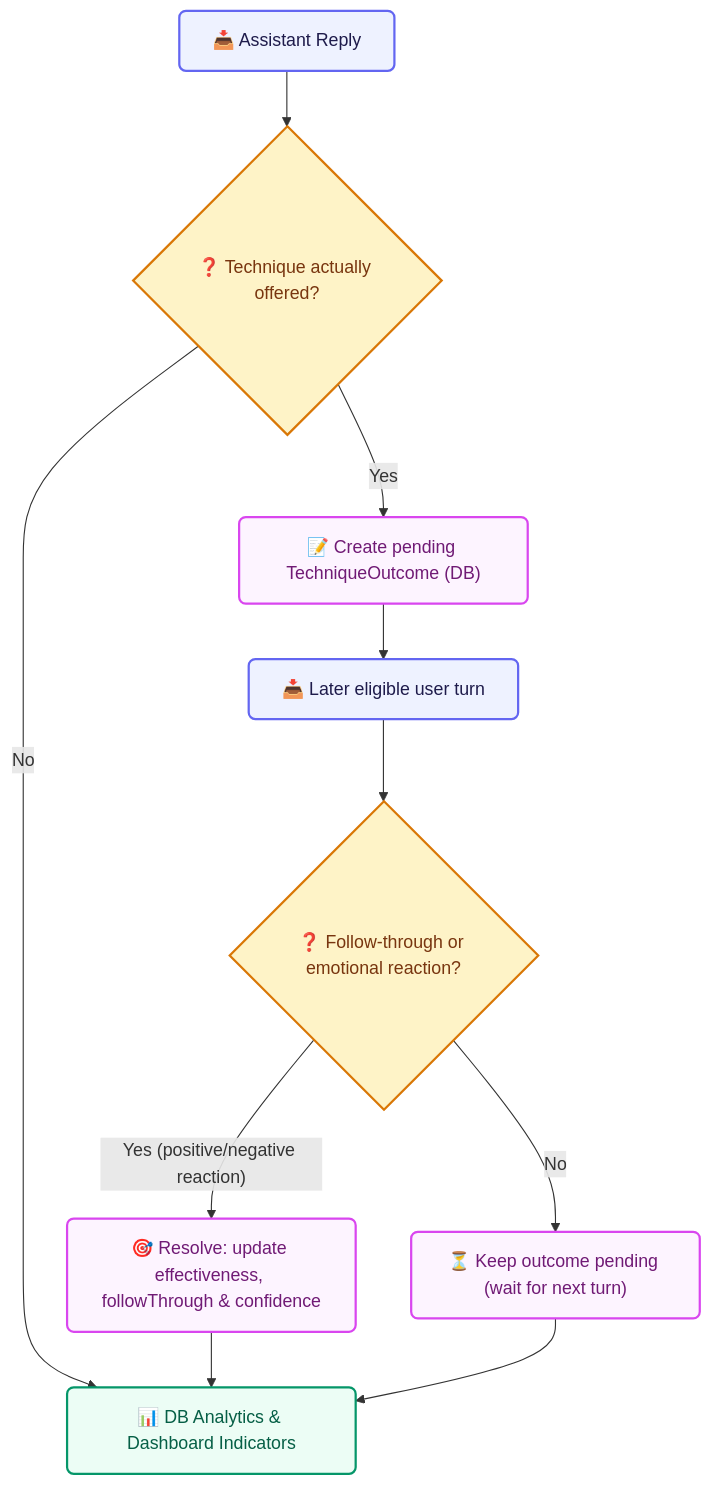
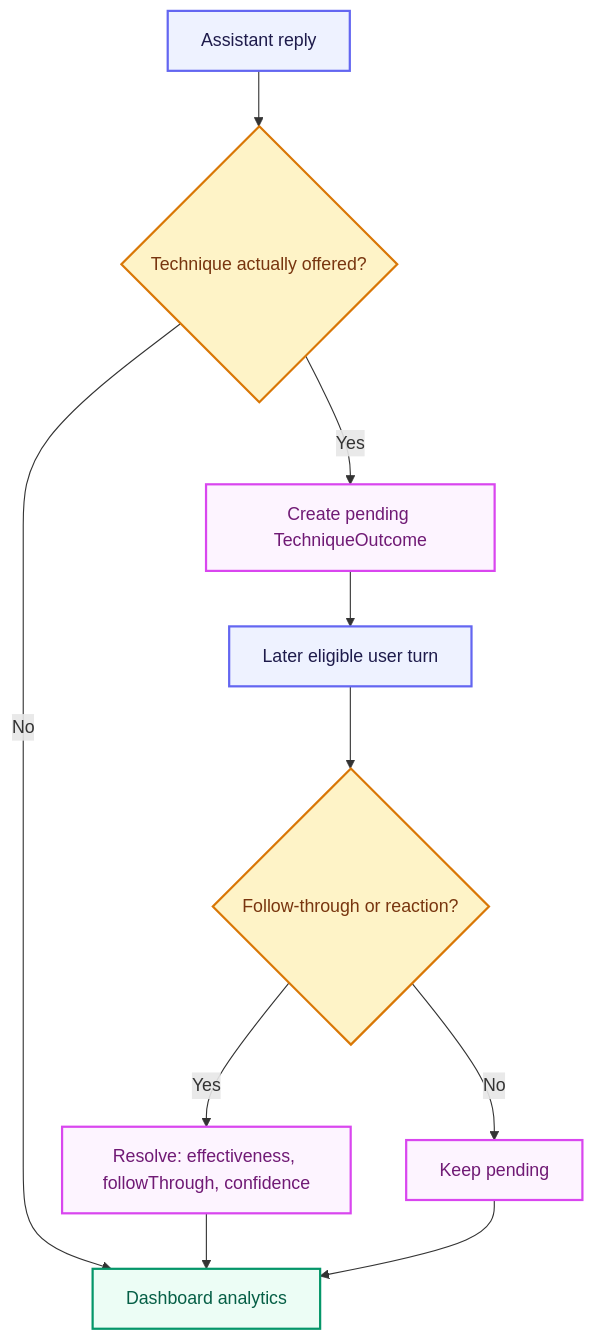
The tenth of 18 diagrams in README.md (taha-mehmood-03/Personlaized-Trainer-Using-Agentic-AI), drawn with Mermaid before and after one commit. The commit also changed other lines of this file and 36 other files, not shown here.

````diff
--- a/README.md
+++ b/README.md
@@ -936,27 +801,22 @@
 ```mermaid
 flowchart TD
-    %% Class Definitions
-    classDef input fill:#EEF2FF,stroke:#6366F1,stroke-width:2px,color:#1E1B4B,rx:6px,ry:6px;
-    classDef decision fill:#FEF3C7,stroke:#D97706,stroke-width:2px,color:#78350F;
-    classDef node fill:#FDF4FF,stroke:#D946EF,stroke-width:2px,color:#701A75,rx:6px,ry:6px;
-    classDef output fill:#ECFDF5,stroke:#059669,stroke-width:2px,color:#065F46,rx:6px,ry:6px;
+    classDef input fill:#EEF2FF,stroke:#6366F1,stroke-width:2px,color:#1E1B4B
+    classDef decision fill:#FEF3C7,stroke:#D97706,stroke-width:2px,color:#78350F
+    classDef node fill:#FDF4FF,stroke:#D946EF,stroke-width:2px,color:#701A75
+    classDef output fill:#ECFDF5,stroke:#059669,stroke-width:2px,color:#065F46
 
-    AssistantReply["📥 Assistant Reply"]:::input
-    TechniqueOffered{"❓ Technique actually offered?"}:::decision
-    Pending["📝 Create pending TechniqueOutcome (DB)"]:::node
-    LaterTurn["📥 Later eligible user turn"]:::input
-    Evidence{"❓ Follow-through or emotional reaction?"}:::decision
-    Resolve["🎯 Resolve: update effectiveness, followThrough & confidence"]:::node
-    KeepPending["⏳ Keep outcome pending (wait for next turn)"]:::node
-    Analytics["📊 DB Analytics & Dashboard Indicators"]:::output
+    AssistantReply["Assistant reply"]:::input
+    TechniqueOffered{"Technique actually offered?"}:::decision
+    Pending["Create pending TechniqueOutcome"]:::node
+    LaterTurn["Later eligible user turn"]:::input
+    Evidence{"Follow-through or reaction?"}:::decision
+    Resolve["Resolve: effectiveness, followThrough, confidence"]:::node
+    KeepPending["Keep pending"]:::node
+    Analytics["Dashboard analytics"]:::output
 
     AssistantReply --> TechniqueOffered
-    TechniqueOffered -- Yes --> Pending
+    TechniqueOffered -- Yes --> Pending --> LaterTurn --> Evidence
     TechniqueOffered -- No --> Analytics
-    Pending --> LaterTurn
-    LaterTurn --> Evidence
-    Evidence -- Yes (positive/negative reaction) --> Resolve
-    Evidence -- No --> KeepPending
-    Resolve --> Analytics
-    KeepPending --> Analytics
+    Evidence -- Yes --> Resolve --> Analytics
+    Evidence -- No --> KeepPending --> Analytics
 ```
````
